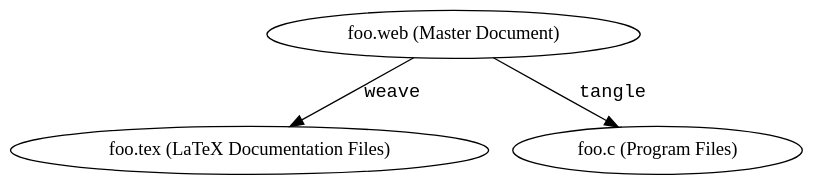
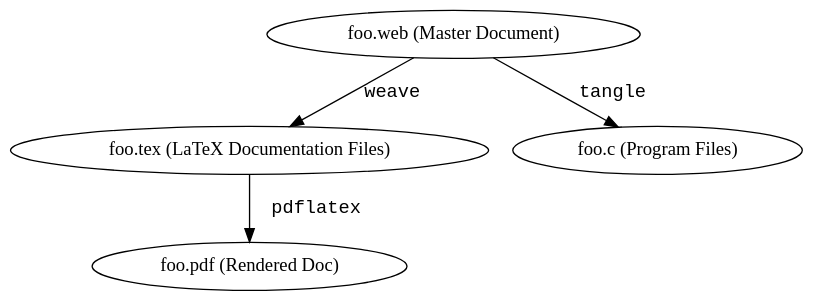
One commit to pnkfelix/tango-demo changed the first of 5 diagrams in src/slides.md. Above: the diagram before and after it, drawn with Graphviz. The commit also changed other lines of this file and 3 other files, not shown here.

````diff
--- a/src/slides.md
+++ b/src/slides.md
@@ -87,13 +99,15 @@
 ```dot
 digraph web_lp {
     bgcolor="transparent";
     node [style="filled",fillcolor="#FFFFFF"];
 
     web [label="foo.web (Master Document)"]
     doc [label="foo.tex (LaTeX Documentation Files)"]
     prog [label="foo.c (Program Files)"]
+    pdf [label="foo.pdf (Rendered Doc)"]
 
     web -> doc [label="weave",fontname="Monospace"]
     web -> prog [label="&nbsp;tangle",fontname="Monospace"]
+    doc -> pdf [label="&nbsp;&nbsp;pdflatex",fontname="Monospace"]
 }
 ```
````
